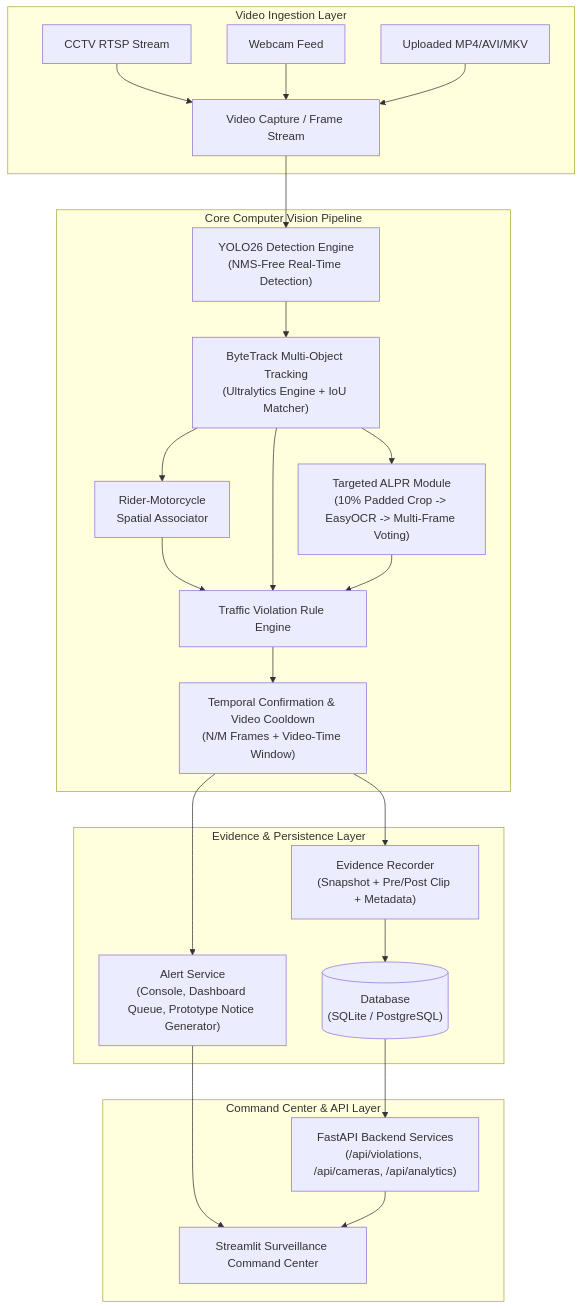
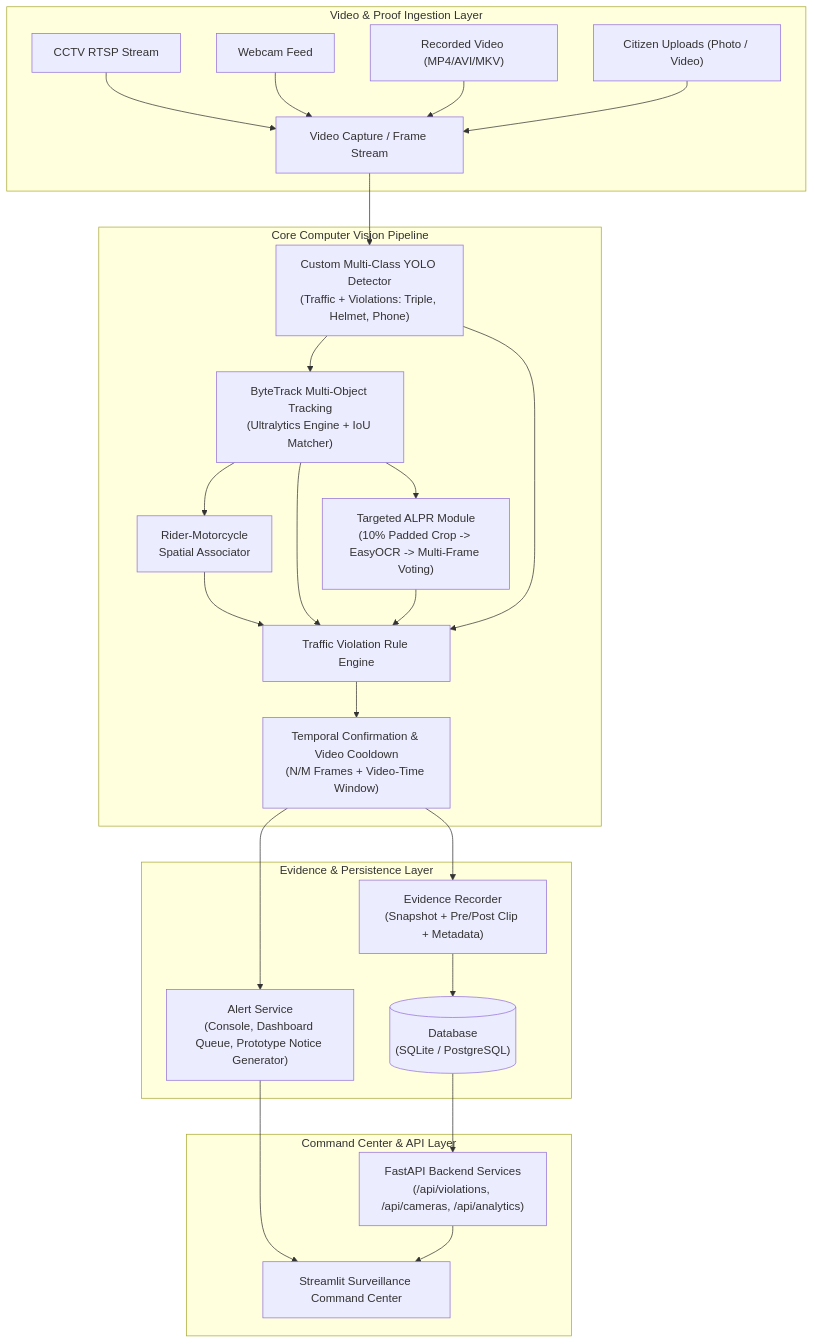
The diagram in README.md (aatifzafar/trafficdetection), drawn with Mermaid before and after one commit. The commit also changed other lines of this file and 20 other files, not shown here.

Commit message:
feat: complete triple riding detection, multi-violation AI citizen flow, and public cloudflare hosting

````diff
--- a/README.md
+++ b/README.md
@@ -56,30 +73,31 @@
 ```mermaid
 flowchart TD
-    subgraph Ingestion["Video Ingestion Layer"]
+    subgraph Ingestion["Video & Proof Ingestion Layer"]
         A1["CCTV RTSP Stream"] --> INGEST["Video Capture / Frame Stream"]
         A2["Webcam Feed"] --> INGEST
-        A3["Uploaded MP4/AVI/MKV"] --> INGEST
+        A3["Recorded Video (MP4/AVI/MKV)"] --> INGEST
+        A4["Citizen Uploads (Photo / Video)"] --> INGEST
     end
 
     subgraph VisionPipeline["Core Computer Vision Pipeline"]
-        INGEST --> DET["YOLO26 Detection Engine\n(NMS-Free Real-Time Detection)"]
+        INGEST --> DET["Custom Multi-Class YOLO Detector\n(Traffic + Violations: Triple, Helmet, Phone)"]
         DET --> TRK["ByteTrack Multi-Object Tracking\n(Ultralytics Engine + IoU Matcher)"]
         TRK --> ASSOC["Rider-Motorcycle\nSpatial Associator"]
         TRK --> OCR["Targeted ALPR Module\n(10% Padded Crop -> EasyOCR -> Multi-Frame Voting)"]
         
-        ASSOC & TRK & OCR --> RULES["Traffic Violation Rule Engine"]
+        ASSOC & TRK & OCR & DET --> RULES["Traffic Violation Rule Engine"]
         RULES --> TC["Temporal Confirmation & Video Cooldown\n(N/M Frames + Video-Time Window)"]
     end
 
     subgraph StorageEvidence["Evidence & Persistence Layer"]
         TC --> EVID["Evidence Recorder\n(Snapshot + Pre/Post Clip + Metadata)"]
         EVID --> DB[("Database\n(SQLite / PostgreSQL)")]
         TC --> ALERTS["Alert Service\n(Console, Dashboard Queue, Prototype Notice Generator)"]
     end
 
     subgraph Presentation["Command Center & API Layer"]
         DB --> API["FastAPI Backend Services\n(/api/violations, /api/cameras, /api/analytics)"]
         ALERTS --> DASH["Streamlit Surveillance Command Center"]
         API --> DASH
     end
 ```
````
